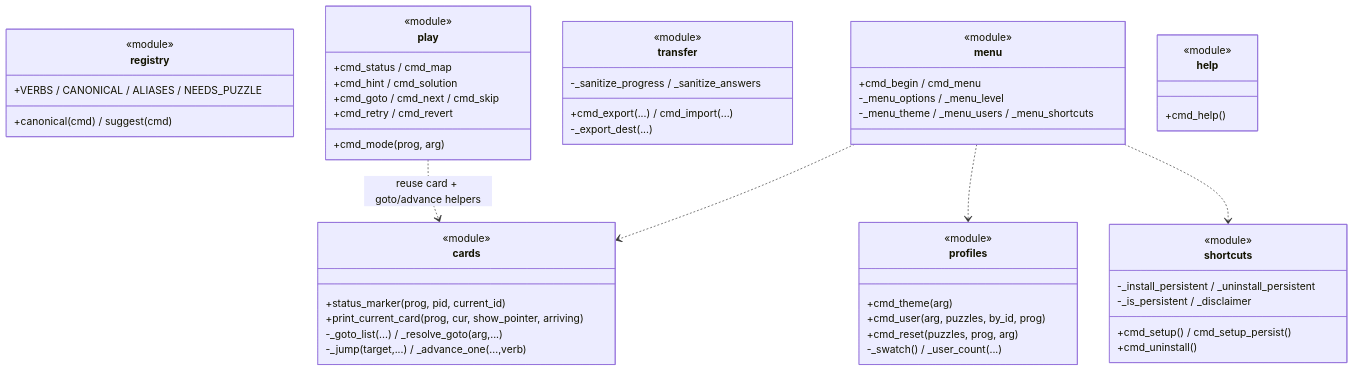
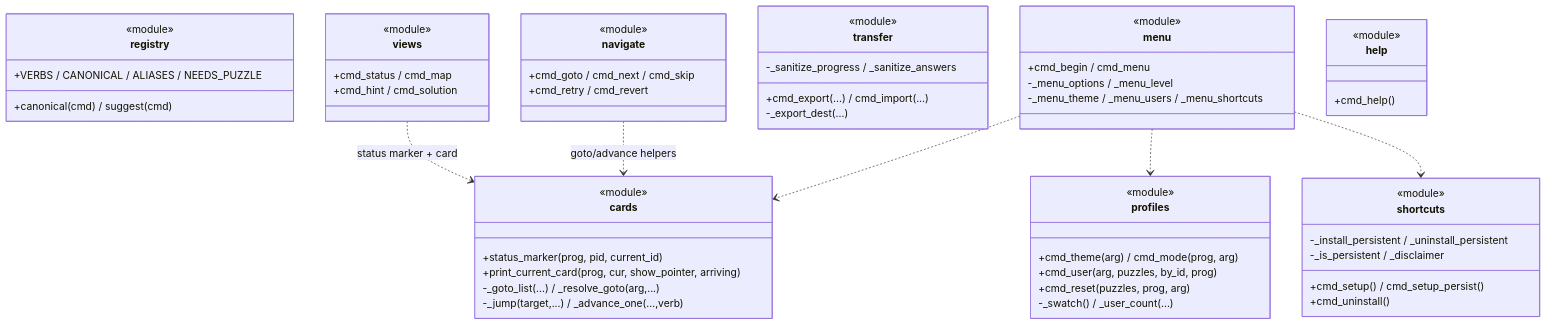
Before and after one commit to N041M/PyQuest: the second of 4 diagrams in docs/architecture/commands.md, drawn with Mermaid. The commit also changed other lines of this file and 8 other files, not shown here.

First line of the commit message:
Split commands/play.py into views and navigate (one concern each)

````diff
--- a/docs/architecture/commands.md
+++ b/docs/architecture/commands.md
@@ -39,57 +41,60 @@
 ```mermaid
 classDiagram
     class registry {
         <<module>>
         +VERBS / CANONICAL / ALIASES / NEEDS_PUZZLE
         +canonical(cmd) / suggest(cmd)
     }
     class cards {
         <<module>>
         +status_marker(prog, pid, current_id)
         +print_current_card(prog, cur, show_pointer, arriving)
         -_goto_list(...) / _resolve_goto(arg,...)
         -_jump(target,...) / _advance_one(...,verb)
     }
-    class play {
+    class views {
         <<module>>
         +cmd_status / cmd_map
         +cmd_hint / cmd_solution
+    }
+    class navigate {
+        <<module>>
         +cmd_goto / cmd_next / cmd_skip
         +cmd_retry / cmd_revert
-        +cmd_mode(prog, arg)
     }
     class profiles {
         <<module>>
-        +cmd_theme(arg)
+        +cmd_theme(arg) / cmd_mode(prog, arg)
         +cmd_user(arg, puzzles, by_id, prog)
         +cmd_reset(puzzles, prog, arg)
         -_swatch() / _user_count(...)
     }
     class transfer {
         <<module>>
         +cmd_export(...) / cmd_import(...)
         -_export_dest(...)
         -_sanitize_progress / _sanitize_answers
     }
     class shortcuts {
         <<module>>
         +cmd_setup() / cmd_setup_persist()
         +cmd_uninstall()
         -_install_persistent / _uninstall_persistent
         -_is_persistent / _disclaimer
     }
     class menu {
         <<module>>
         +cmd_begin / cmd_menu
         -_menu_options / _menu_level
         -_menu_theme / _menu_users / _menu_shortcuts
     }
     class help {
         <<module>>
         +cmd_help()
     }
-    play ..> cards : reuse card + goto/advance helpers
+    views ..> cards : status marker + card
+    navigate ..> cards : goto/advance helpers
     menu ..> cards
     menu ..> profiles
     menu ..> shortcuts
 ```
````
